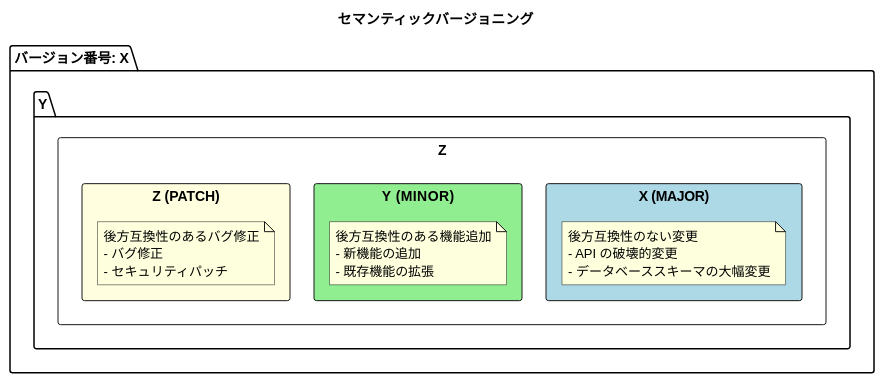
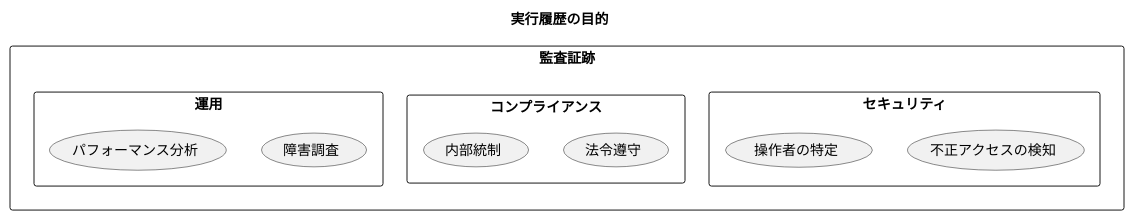
One commit to k2works/case-study-sales changed the first of 8 diagrams in docs/article/chapter22.md. Above: the diagram before and after it, drawn with PlantUML. The commit also changed other lines of this file and 7 other files, not shown here.

````diff
--- a/docs/article/chapter22.md
+++ b/docs/article/chapter22.md
@@ -9,32 +9,23 @@
 ```plantuml
 @startuml
-title セマンティックバージョニング
+title 実行履歴の目的
 
-rectangle "バージョン番号: X.Y.Z" {
-  rectangle "X (MAJOR)" as major #lightblue {
-    note as N1
-      後方互換性のない変更
-      - API の破壊的変更
-      - データベーススキーマの大幅変更
-    end note
+rectangle "監査証跡" {
+  rectangle "セキュリティ" as sec {
+    (不正アクセスの検知)
+    (操作者の特定)
   }
 
-  rectangle "Y (MINOR)" as minor #lightgreen {
-    note as N2
-      後方互換性のある機能追加
-      - 新機能の追加
-      - 既存機能の拡張
-    end note
+  rectangle "コンプライアンス" as comp {
+    (法令遵守)
+    (内部統制)
   }
 
-  rectangle "Z (PATCH)" as patch #lightyellow {
-    note as N3
-      後方互換性のあるバグ修正
-      - バグ修正
-      - セキュリティパッチ
-    end note
+  rectangle "運用" as ops {
+    (障害調査)
+    (パフォーマンス分析)
   }
 }
 
 @enduml
 ```
````
